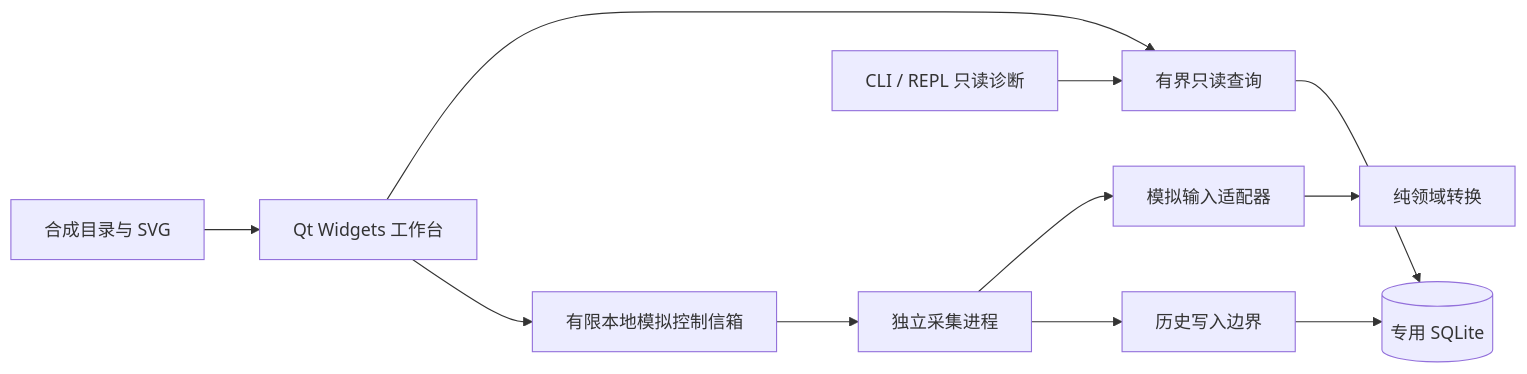
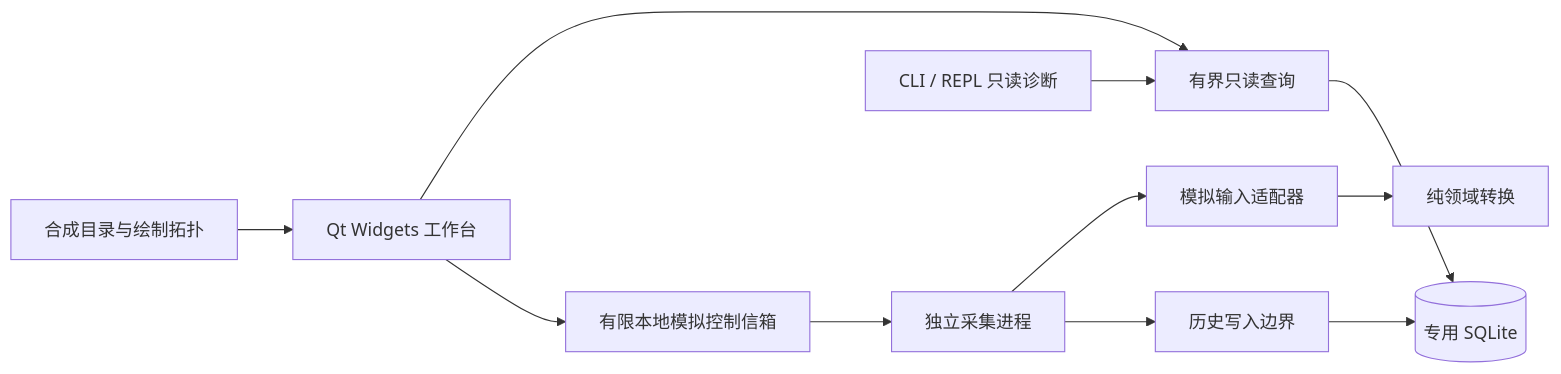
Before and after one commit to Sentheecode/logistics_trans_pi: the diagram in ARCHITECTURE.md, drawn with Mermaid. The commit also changed other lines of this file and 9 other files, not shown here.

````diff
--- a/ARCHITECTURE.md
+++ b/ARCHITECTURE.md
@@ -26,13 +25,13 @@
 ```mermaid
 flowchart LR
     S[模拟输入适配器] --> D[纯领域转换]
     C[独立采集进程] --> S
     C --> W[历史写入边界]
     W --> DB[(专用 SQLite)]
     H[Qt Widgets 工作台] --> R[有界只读查询]
     A[CLI / REPL 只读诊断] --> R
     R --> DB
     H --> M[有限本地模拟控制信箱]
     M --> C
-    Cat[合成目录与 SVG] --> H
+    Cat[合成目录与绘制拓扑] --> H
 ```
````
